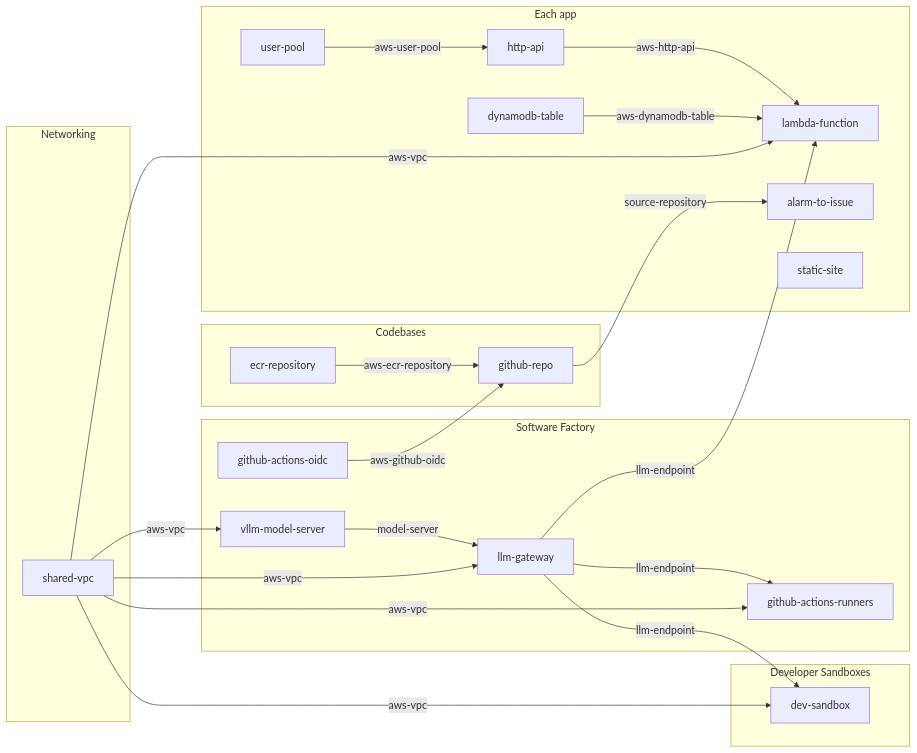
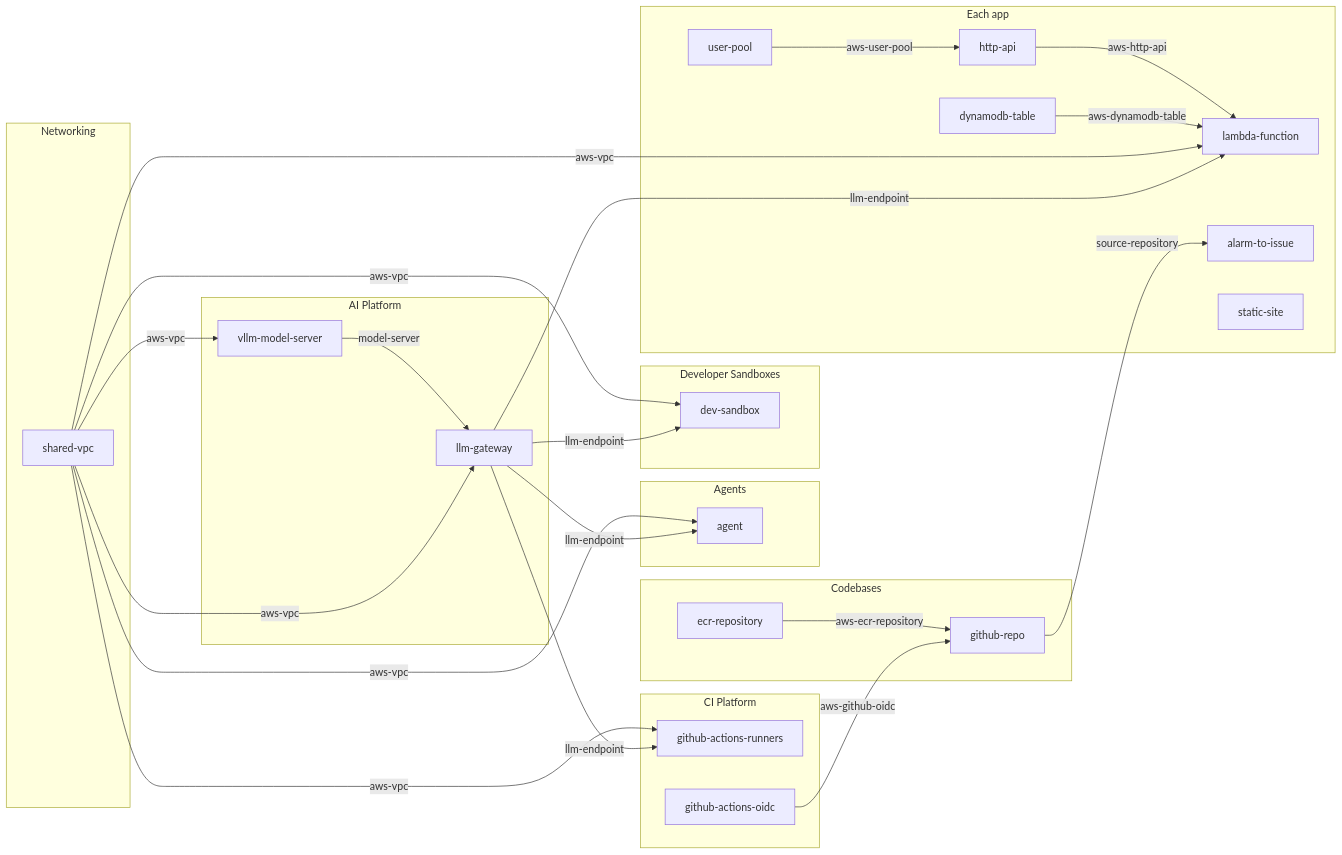
One commit to massdriver-catalogs/aws-software-factory changed the diagram in README.md. Above: the diagram before and after it, drawn with Mermaid. The commit also changed other lines of this file and 8 other files, not shown here.

Commit message:
Organize the factory into account, network, CI, AI and agent projects

````diff
--- a/README.md
+++ b/README.md
@@ -25,29 +30,34 @@
 ```mermaid
 flowchart LR
   subgraph Networking
     VPC[shared-vpc]
   end
-  subgraph Factory[Software Factory]
+  subgraph AI[AI Platform]
     VLLM[vllm-model-server] -->|model-server| GW[llm-gateway]
-    GW -->|llm-endpoint| RUN[github-actions-runners]
+  end
+  subgraph CI[CI Platform]
+    RUN[github-actions-runners]
     OIDC[github-actions-oidc]
+  end
+  subgraph Agents
+    AG[agent]
   end
   subgraph Sandboxes[Developer Sandboxes]
     SB[dev-sandbox]
   end
   subgraph Codebases
     ECR[ecr-repository] -->|aws-ecr-repository| REPO[github-repo]
   end
   subgraph App[Each app]
     UP[user-pool] -->|aws-user-pool| API[http-api]
     API -->|aws-http-api| FN[lambda-function]
     DDB[dynamodb-table] -->|aws-dynamodb-table| FN
     A2I[alarm-to-issue]
     WEB[static-site]
   end
 
-  VPC -->|aws-vpc| GW & VLLM & SB & RUN & FN
-  GW -->|llm-endpoint| SB & FN
+  VPC -->|aws-vpc| GW & VLLM & SB & RUN & AG & FN
+  GW -->|llm-endpoint| RUN & SB & AG & FN
   OIDC -->|aws-github-oidc| REPO
   REPO -->|source-repository| A2I
 ```
````
